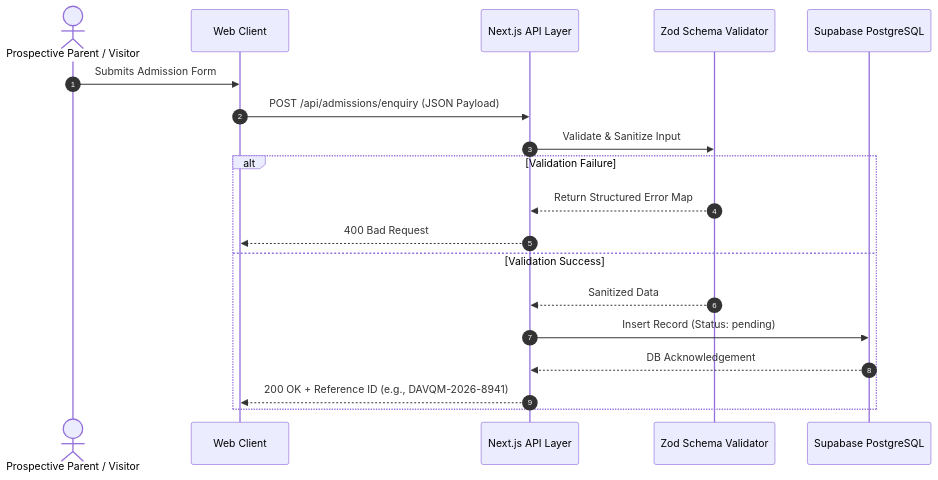
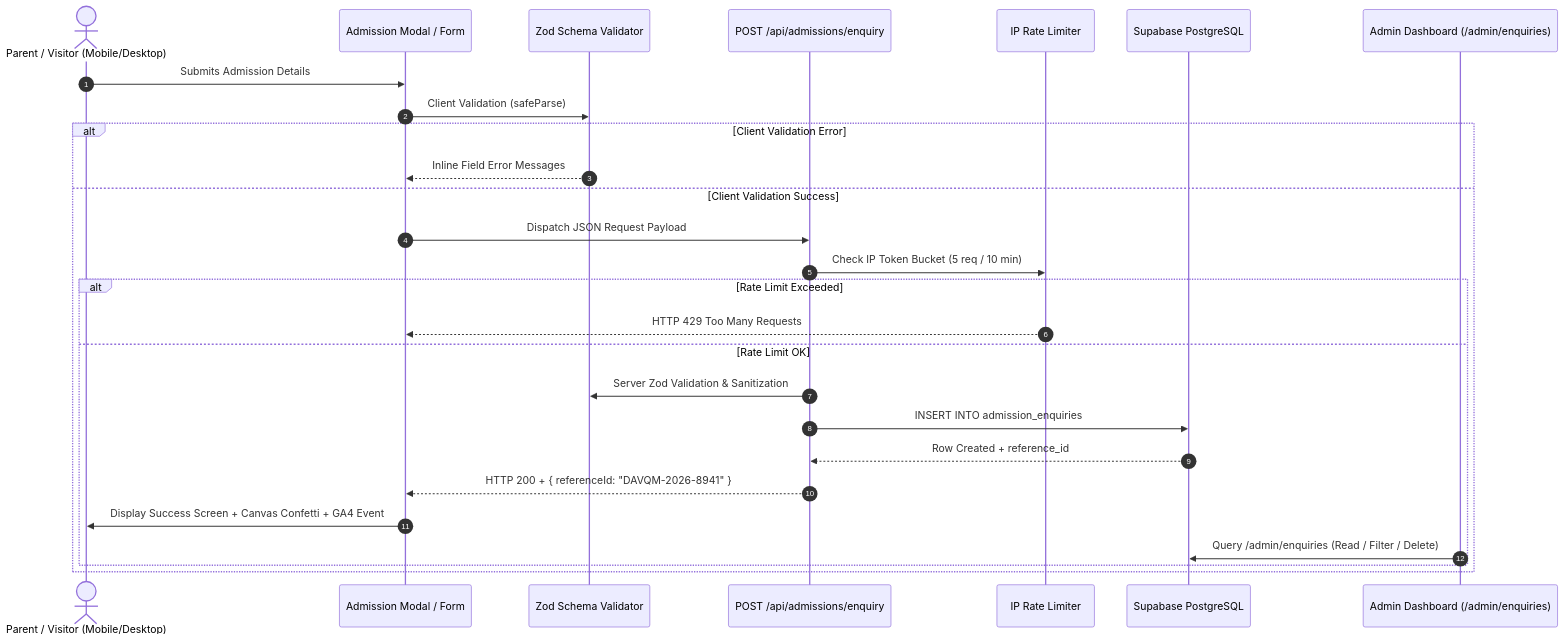
The third of 3 diagrams in README.md (sumit007-ui/DAV-School-Qila-Mandi), drawn with Mermaid before and after one commit. The commit also changed other lines of this file and 5 other files, not shown here.

````diff
--- a/README.md
+++ b/README.md
@@ -93,22 +222,30 @@
 ```mermaid
 sequenceDiagram
     autonumber
-    actor User as Prospective Parent / Visitor
-    participant Browser as Web Client
-    participant NextAPI as Next.js API Layer
+    actor User as Parent / Visitor (Mobile/Desktop)
+    participant Modal as Admission Modal / Form
     participant Zod as Zod Schema Validator
+    participant API as POST /api/admissions/enquiry
+    participant RateLimit as IP Rate Limiter
     participant DB as Supabase PostgreSQL
+    participant Admin as Admin Dashboard (/admin/enquiries)
 
-    User->>Browser: Submits Admission Form
-    Browser->>NextAPI: POST /api/admissions/enquiry (JSON Payload)
-    NextAPI->>Zod: Validate & Sanitize Input
-    alt Validation Failure
-        Zod-->>NextAPI: Return Structured Error Map
-        NextAPI-->>Browser: 400 Bad Request
-    else Validation Success
-        Zod-->>NextAPI: Sanitized Data
-        NextAPI->>DB: Insert Record (Status: pending)
-        DB-->>NextAPI: DB Acknowledgement
-        NextAPI-->>Browser: 200 OK + Reference ID (e.g., DAVQM-2026-8941)
+    User->>Modal: Submits Admission Details
+    Modal->>Zod: Client Validation (safeParse)
+    alt Client Validation Error
+        Zod-->>Modal: Inline Field Error Messages
+    else Client Validation Success
+        Modal->>API: Dispatch JSON Request Payload
+        API->>RateLimit: Check IP Token Bucket (5 req / 10 min)
+        alt Rate Limit Exceeded
+            RateLimit-->>Modal: HTTP 429 Too Many Requests
+        else Rate Limit OK
+            API->>Zod: Server Zod Validation & Sanitization
+            API->>DB: INSERT INTO admission_enquiries
+            DB-->>API: Row Created + reference_id
+            API-->>Modal: HTTP 200 + { referenceId: "DAVQM-2026-8941" }
+            Modal->>User: Display Success Screen + Canvas Confetti + GA4 Event
+            Admin->>DB: Query /admin/enquiries (Read / Filter / Delete)
+        end
     end
 ```
````
